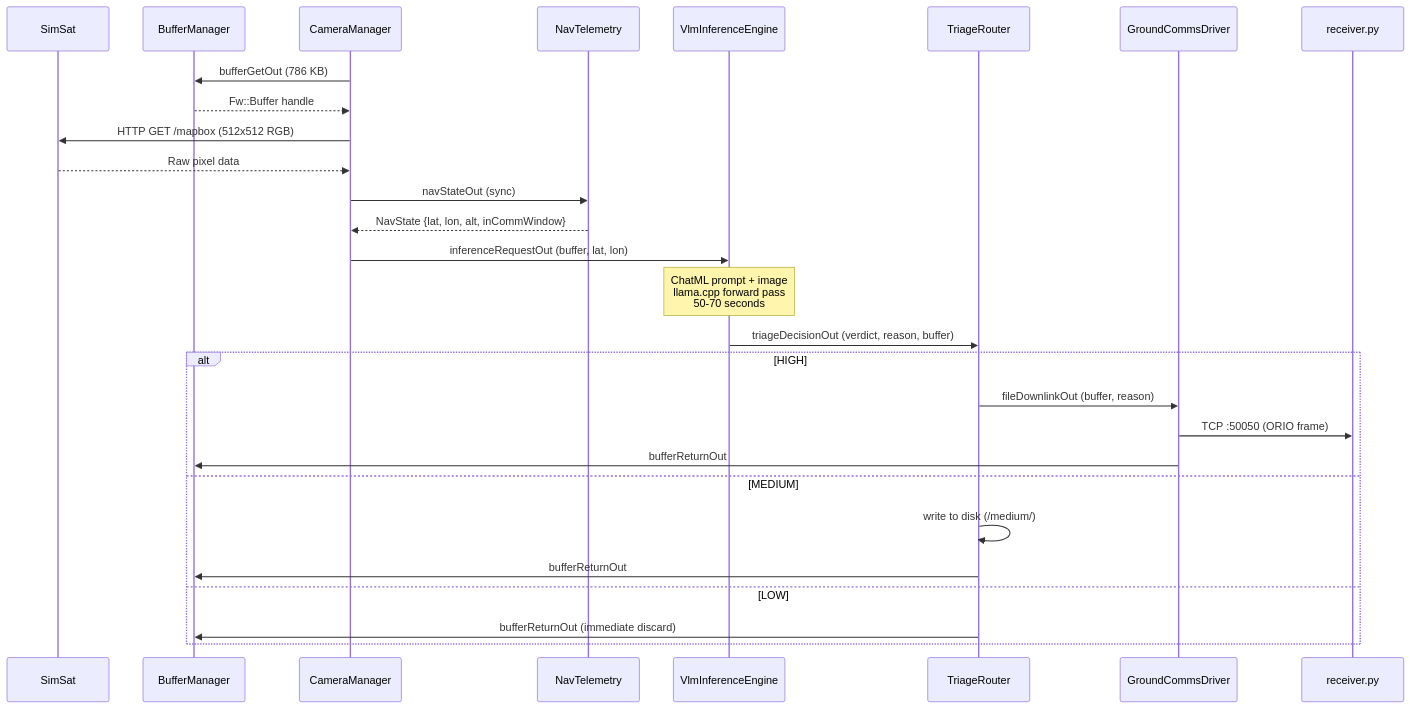
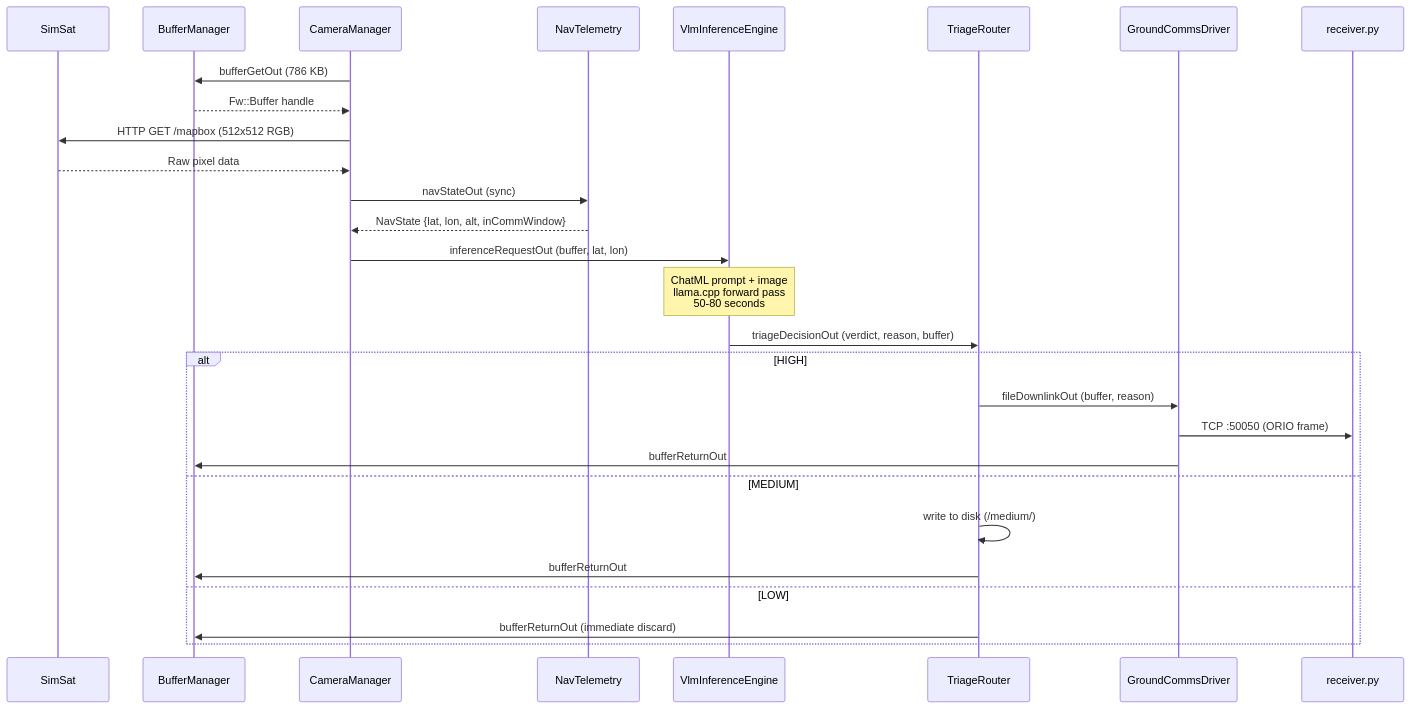
Before and after one commit to Saransh-cpp/ORION: the first of 3 diagrams in docs/architecture/data-flow.md, drawn with Mermaid. The commit also changed 6 other files, not shown here.

````diff
--- a/docs/architecture/data-flow.md
+++ b/docs/architecture/data-flow.md
@@ -7,34 +7,34 @@
 ```mermaid
 sequenceDiagram
     participant SS as SimSat
     participant BM as BufferManager
     participant CM as CameraManager
     participant NT as NavTelemetry
     participant VLM as VlmInferenceEngine
     participant TR as TriageRouter
     participant GCD as GroundCommsDriver
     participant RX as receiver.py
 
     CM->>BM: bufferGetOut (786 KB)
     BM-->>CM: Fw::Buffer handle
     CM->>SS: HTTP GET /mapbox (512x512 RGB)
     SS-->>CM: Raw pixel data
     CM->>NT: navStateOut (sync)
     NT-->>CM: NavState {lat, lon, alt, inCommWindow}
     CM->>VLM: inferenceRequestOut (buffer, lat, lon)
 
-    Note over VLM: ChatML prompt + image<br/>llama.cpp forward pass<br/>50-70 seconds
+    Note over VLM: ChatML prompt + image<br/>llama.cpp forward pass<br/>50-80 seconds
 
     VLM->>TR: triageDecisionOut (verdict, reason, buffer)
 
     alt HIGH
         TR->>GCD: fileDownlinkOut (buffer, reason)
         GCD->>RX: TCP :50050 (ORIO frame)
         GCD->>BM: bufferReturnOut
     else MEDIUM
         TR->>TR: write to disk (/medium/)
         TR->>BM: bufferReturnOut
     else LOW
         TR->>BM: bufferReturnOut (immediate discard)
     end
 ```
````
